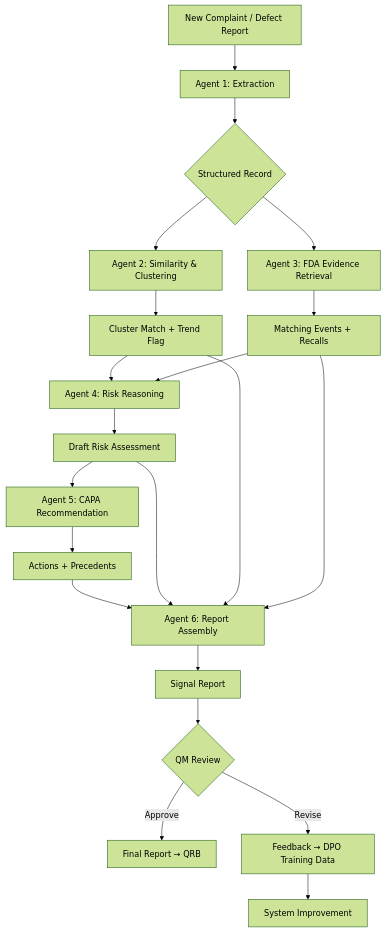
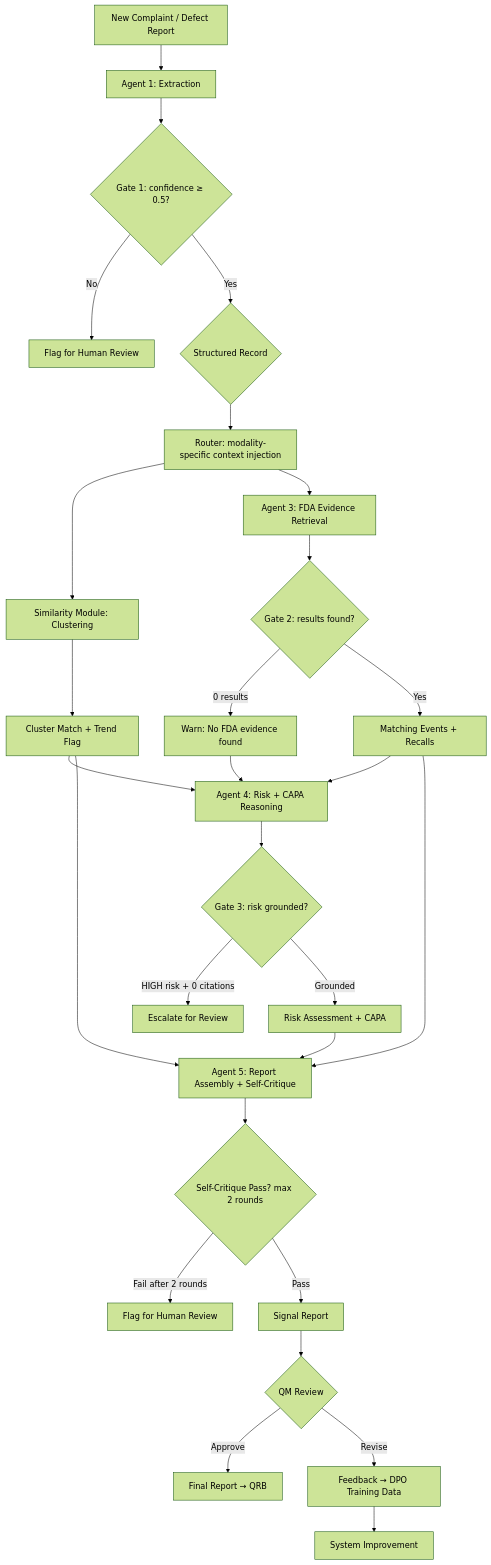
The diagram in Project/System_Design.md (kapsoura/AgenticWorkflow), drawn with Mermaid (forest theme) before and after one commit. The commit also changed other lines of this file and 4 other files, not shown here.

````diff
--- a/Project/System_Design.md
+++ b/Project/System_Design.md
@@ -100,23 +149,30 @@
 ```mermaid
 flowchart TD
     A[New Complaint / Defect Report] --> B[Agent 1: Extraction]
-    B --> C{Structured Record}
-    C --> D[Agent 2: Similarity & Clustering]
-    C --> E[Agent 3: FDA Evidence Retrieval]
+    B --> G1{Gate 1: confidence ≥ 0.5?}
+    G1 -->|No| HR1[Flag for Human Review]
+    G1 -->|Yes| C{Structured Record}
+    C --> R[Router: modality-specific context injection]
+    R --> D[Similarity Module: Clustering]
+    R --> E[Agent 3: FDA Evidence Retrieval]
     D --> F[Cluster Match + Trend Flag]
-    E --> G[Matching Events + Recalls]
-    F --> H[Agent 4: Risk Reasoning]
+    E --> G2{Gate 2: results found?}
+    G2 -->|0 results| WARN[Warn: No FDA evidence found]
+    G2 -->|Yes| G[Matching Events + Recalls]
+    F --> H[Agent 4: Risk + CAPA Reasoning]
     G --> H
-    H --> I[Draft Risk Assessment]
-    I --> J[Agent 5: CAPA Recommendation]
-    J --> K[Actions + Precedents]
-    K --> L[Agent 6: Report Assembly]
-    I --> L
+    WARN --> H
+    H --> G3{Gate 3: risk grounded?}
+    G3 -->|HIGH risk + 0 citations| HR2[Escalate for Review]
+    G3 -->|Grounded| I[Risk Assessment + CAPA]
+    I --> L[Agent 5: Report Assembly + Self-Critique]
     F --> L
     G --> L
-    L --> M[Signal Report]
+    L --> SC{Self-Critique Pass? max 2 rounds}
+    SC -->|Fail after 2 rounds| HR3[Flag for Human Review]
+    SC -->|Pass| M[Signal Report]
     M --> N{QM Review}
     N -->|Approve| O[Final Report → QRB]
     N -->|Revise| P[Feedback → DPO Training Data]
     P --> Q[System Improvement]
 ```
````
